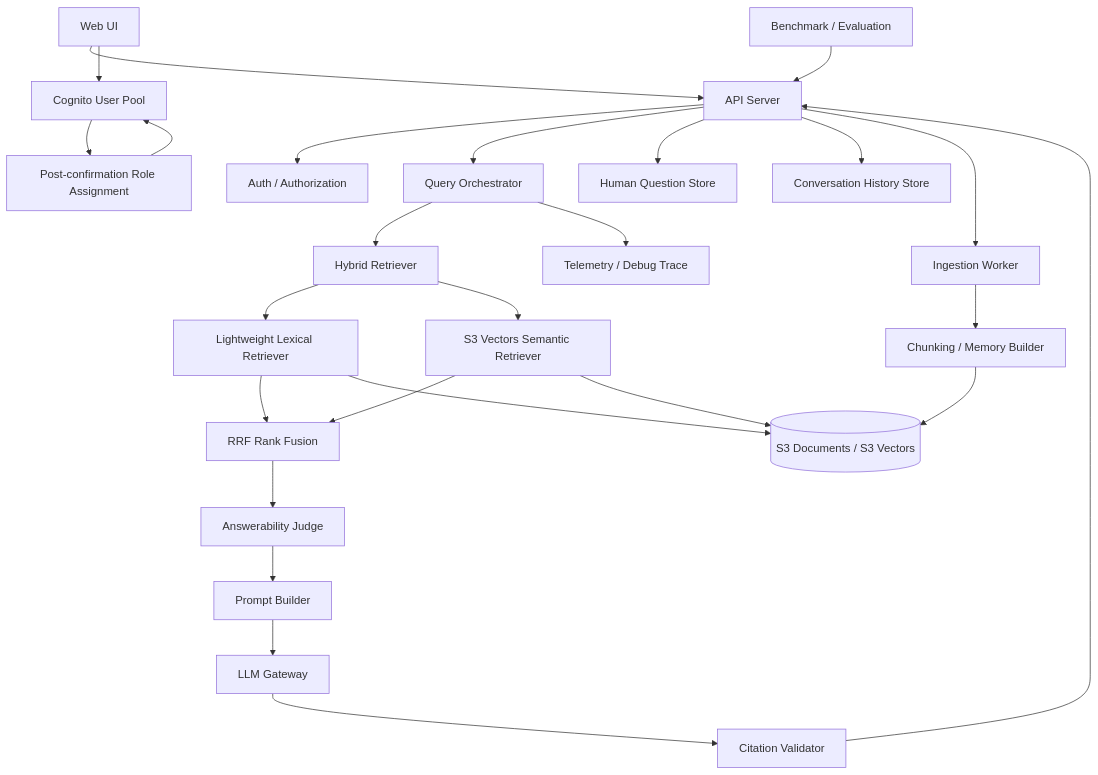
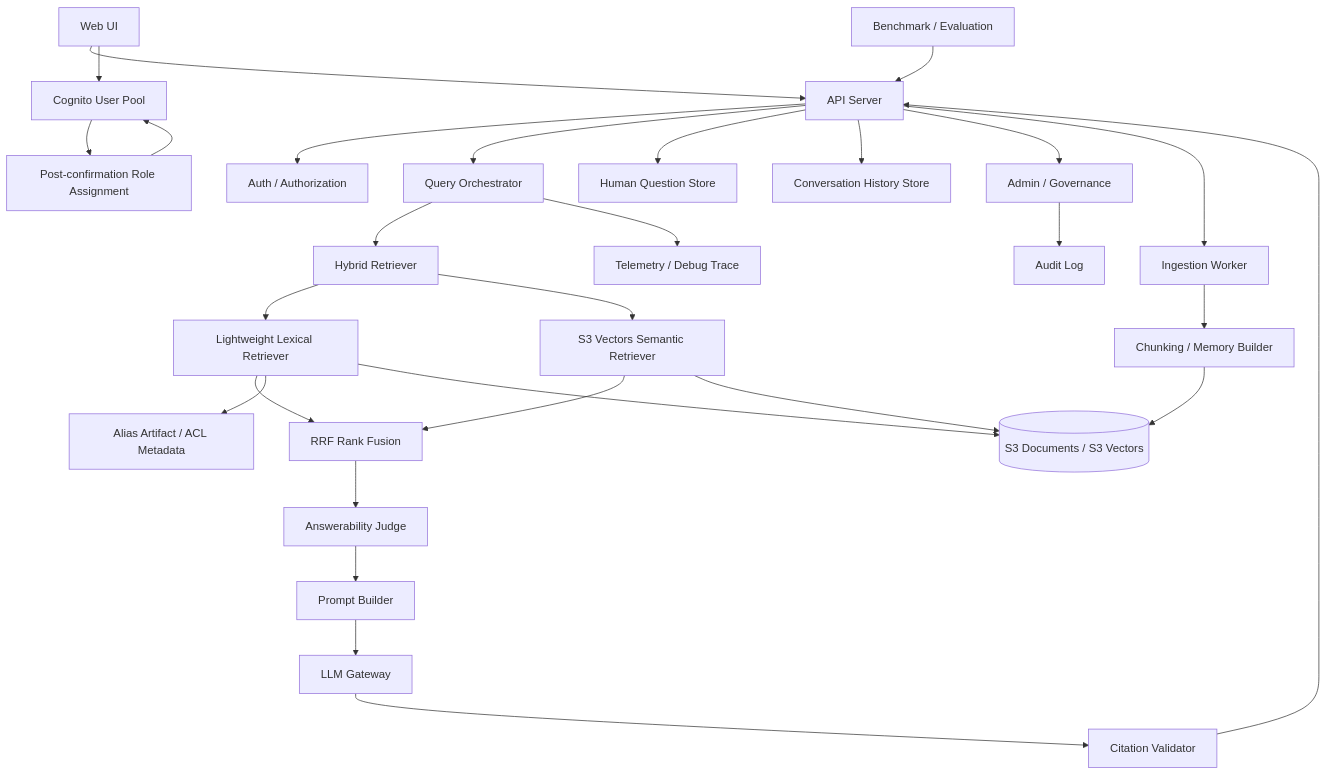
Before and after one commit to tsuji-tomonori/rag-assist: the first of 2 diagrams in memorag-bedrock-mvp/docs/2_アーキテクチャ_ARC/11_ビュー_VIEW/ARC_VIEW_001.md, drawn with Mermaid. The commit also changed other lines of this file and 6 other files, not shown here.

First line of the commit message:
📝 docs(architecture): 能力マップで横断ビュー整理

````diff
--- a/memorag-bedrock-mvp/docs/2_アーキテクチャ_ARC/11_ビュー_VIEW/ARC_VIEW_001.md
+++ b/memorag-bedrock-mvp/docs/2_アーキテクチャ_ARC/11_ビュー_VIEW/ARC_VIEW_001.md
@@ -18,50 +31,56 @@
 ```mermaid
 flowchart TB
   Web[Web UI]
   Cognito[Cognito User Pool]
   SignupRole[Post-confirmation Role Assignment]
   Api[API Server]
   Auth[Auth / Authorization]
   Orchestrator[Query Orchestrator]
   Retriever[Hybrid Retriever]
   Lexical[Lightweight Lexical Retriever]
   Semantic[S3 Vectors Semantic Retriever]
   Fusion[RRF Rank Fusion]
   Judge[Answerability Judge]
   Prompt[Prompt Builder]
   Llm[LLM Gateway]
   Citation[Citation Validator]
   Eval[Benchmark / Evaluation]
   Trace[Telemetry / Debug Trace]
   Questions[Human Question Store]
   History[Conversation History Store]
+  Admin[Admin / Governance]
+  Alias[Alias Artifact / ACL Metadata]
+  Audit[Audit Log]
   Ingest[Ingestion Worker]
   Chunk[Chunking / Memory Builder]
   Store[(S3 Documents / S3 Vectors)]
 
   Web --> Api
   Web --> Cognito
   Cognito --> SignupRole
   SignupRole --> Cognito
   Api --> Auth
   Api --> Orchestrator
   Orchestrator --> Retriever
   Retriever --> Lexical
   Retriever --> Semantic
   Lexical --> Fusion
   Semantic --> Fusion
   Fusion --> Judge
   Judge --> Prompt
   Prompt --> Llm
   Llm --> Citation
   Citation --> Api
   Orchestrator --> Trace
   Api --> Questions
   Api --> History
+  Api --> Admin
+  Admin --> Audit
   Eval --> Api
   Api --> Ingest
   Ingest --> Chunk
   Chunk --> Store
+  Lexical --> Alias
   Lexical --> Store
   Semantic --> Store
 ```
````
